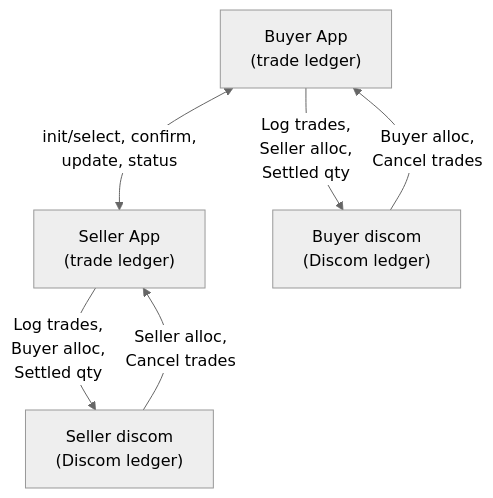
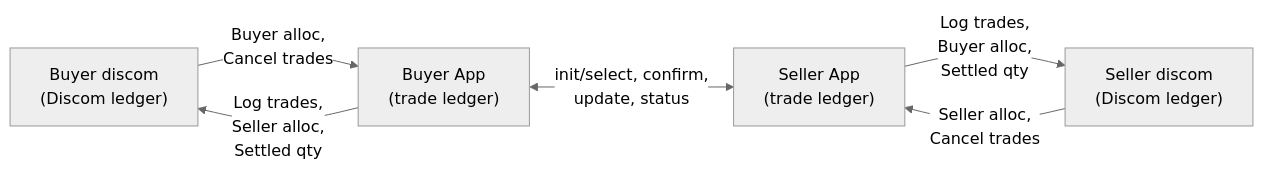
One commit to areebahmeddd/digital-energy-grid changed the first of 10 diagrams in docs/implementation-guides/v2/P2P_Trading/Inter_energy_retailer_P2P_trading_altarch_draft.md. Above: the diagram before and after it, drawn with Mermaid (neutral theme).

Commit message:
tweaked arch overview digram to make it easier to look at

````diff
--- a/docs/implementation-guides/v2/P2P_Trading/Inter_energy_retailer_P2P_trading_altarch_draft.md
+++ b/docs/implementation-guides/v2/P2P_Trading/Inter_energy_retailer_P2P_trading_altarch_draft.md
@@ -58,10 +58,10 @@
 ```mermaid
-flowchart TD
+flowchart LR
+    BuyerDiscom["Buyer discom<br/>(Discom ledger)"] -->|"Buyer alloc,<br/>Cancel trades"| BuyerApp
+    BuyerApp -->|"Log trades,<br/>Seller alloc,<br/>Settled qty"| BuyerDiscom
+
     BuyerApp["Buyer App<br/>(trade ledger)"] <-->|"init/select, confirm,<br/>update, status"| SellerApp["Seller App<br/>(trade ledger)"]
-
-    BuyerApp -->|"Log trades,<br/>Seller alloc,<br/>Settled qty"| BuyerDiscom["Buyer discom<br/>(Discom ledger)"]
-    BuyerDiscom -->|"Buyer alloc,<br/>Cancel trades"| BuyerApp
 
     SellerApp -->|"Log trades,<br/>Buyer alloc,<br/>Settled qty"| SellerDiscom["Seller discom<br/>(Discom ledger)"]
     SellerDiscom -->|"Seller alloc,<br/>Cancel trades"| SellerApp
 ```
````
